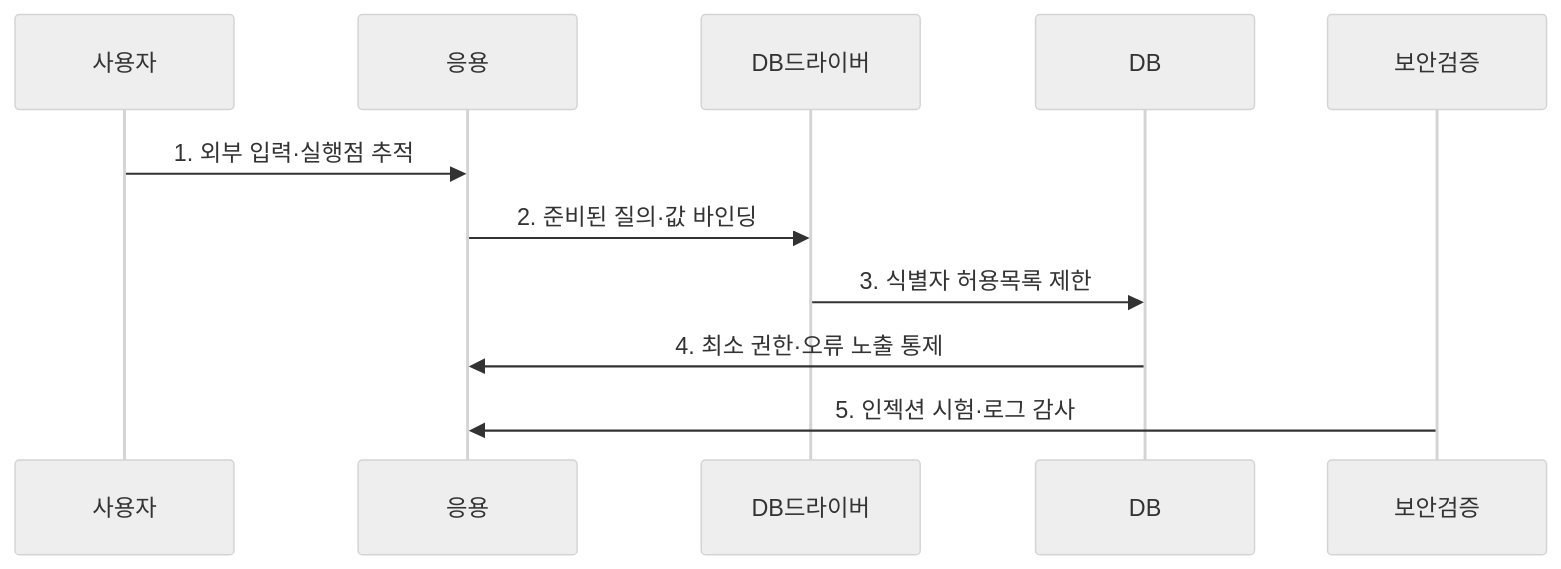
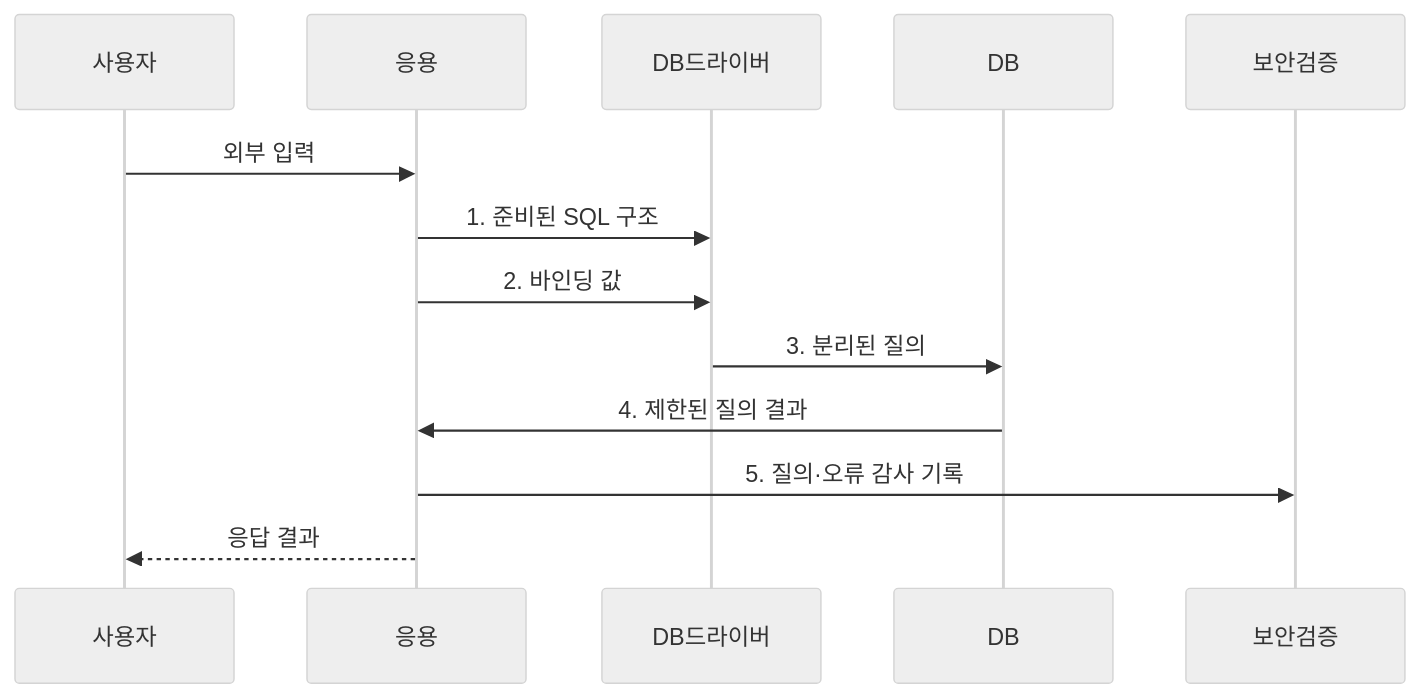
One commit to agnusdei1207/knowledge-base changed the second of 2 diagrams in src/content/docs/notes/05-security/046_sql_injection.md. Above: the diagram before and after it, drawn with Mermaid (neutral theme). The commit also changed other lines of this file and 20 other files, not shown here.

````diff
--- a/src/content/docs/notes/05-security/046_sql_injection.md
+++ b/src/content/docs/notes/05-security/046_sql_injection.md
@@ -85,13 +85,15 @@
 ```mermaid
 sequenceDiagram
     participant 사용자
     participant 응용
     participant DB드라이버
     participant DB
     participant 보안검증
-    사용자->>응용: 1. 외부 입력·실행점 추적
-    응용->>DB드라이버: 2. 준비된 질의·값 바인딩
-    DB드라이버->>DB: 3. 식별자 허용목록 제한
-    DB->>응용: 4. 최소 권한·오류 노출 통제
-    보안검증->>응용: 5. 인젝션 시험·로그 감사
+    사용자->>응용: 외부 입력
+    응용->>DB드라이버: 1. 준비된 SQL 구조
+    응용->>DB드라이버: 2. 바인딩 값
+    DB드라이버->>DB: 3. 분리된 질의
+    DB->>응용: 4. 제한된 질의 결과
+    응용->>보안검증: 5. 질의·오류 감사 기록
+    응용-->>사용자: 응답 결과
 ```
````
